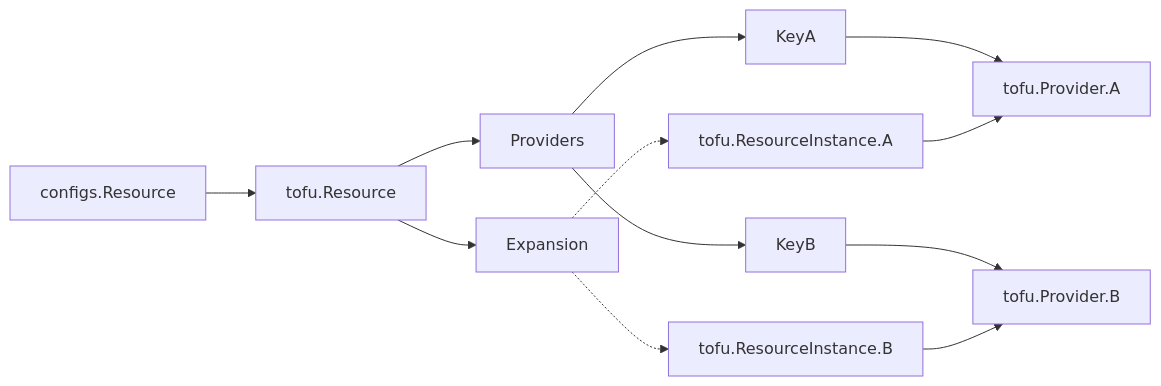
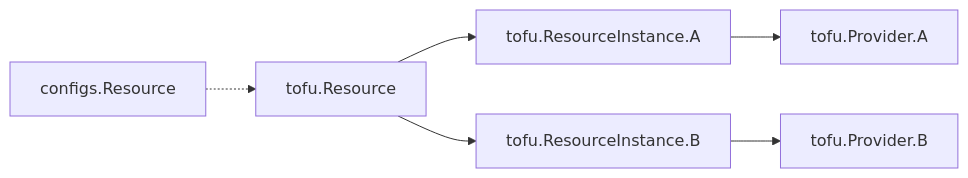
Before and after one commit to opentofu/opentofu: the second of 2 diagrams in rfc/20240513-static-evaluation-providers.md, drawn with Mermaid. The commit also changed other lines of this file, not shown here.

Commit message:
Provider review comments

````diff
--- a/rfc/20240513-static-evaluation-providers.md
+++ b/rfc/20240513-static-evaluation-providers.md
@@ -187,14 +253,8 @@
 ```mermaid
 graph LR;
-configs.Resource-->tofu.Resource;
-tofu.Resource-->Providers;
-Providers-->KeyA;
-Providers-->KeyB;
-KeyA-->tofu.Provider.A;
-KeyB-->tofu.Provider.B;
-tofu.Resource-->Expansion;
-Expansion-.->tofu.ResourceInstance.A;
-Expansion-.->tofu.ResourceInstance.B;
+configs.Resource-.->tofu.Resource;
+tofu.Resource-->tofu.ResourceInstance.A;
+tofu.Resource-->tofu.ResourceInstance.B;
 tofu.ResourceInstance.A -->tofu.Provider.A;
 tofu.ResourceInstance.B -->tofu.Provider.B;
 ```
````
